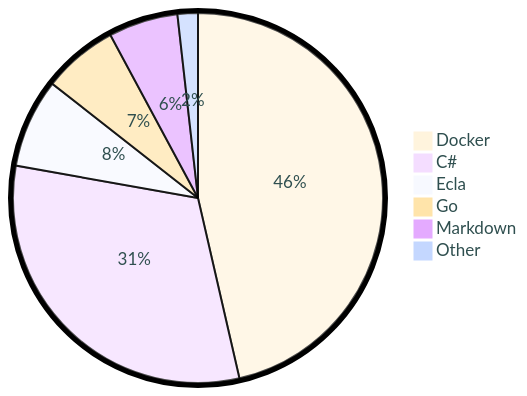
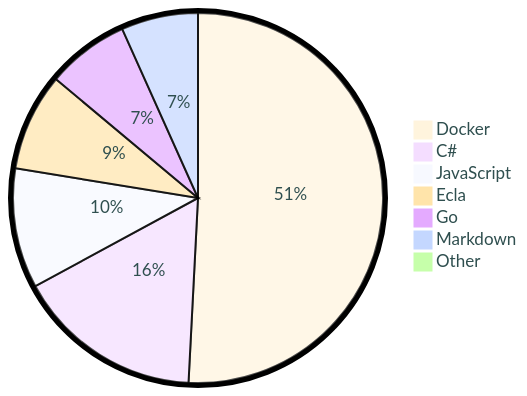
One commit to tot0p/tot0p changed the diagram in README.md. Above: the diagram before and after it, drawn with Mermaid. The commit also changed other lines of this file, not shown here.

````diff
--- a/README.md
+++ b/README.md
@@ -75,10 +75,11 @@
 ```mermaid
 %%{init: {"pie": {"textPosition": 0.5}, "themeVariables": {"pieOuterStrokeWidth": "5px","primaryTextColor" : "#2F4F4F"},"theme":"base"} }%%
 pie
-	"Docker": 46.41
-	"C#": 31.4
-	"Ecla": 7.78
-	"Go": 6.57
-	"Markdown": 6.07
-	"Other": 1.7800000000000002
+	"Docker": 50.74
+	"C#": 16.25
+	"JavaScript": 10.47
+	"Ecla": 8.5
+	"Go": 7.19
+	"Markdown": 6.7
+	"Other": 0.14
 ```
````
